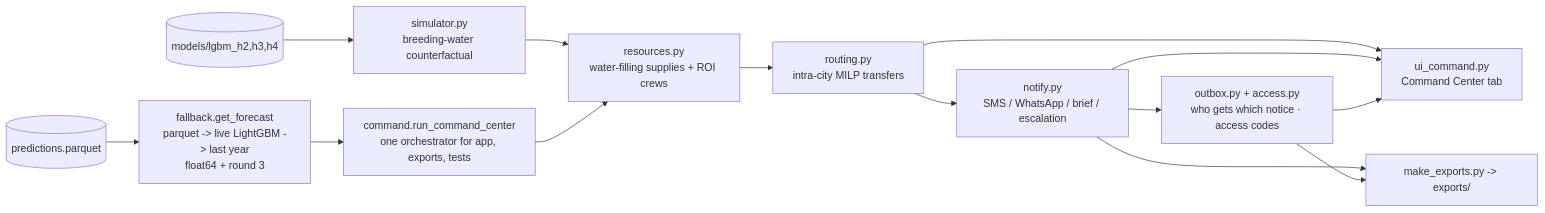
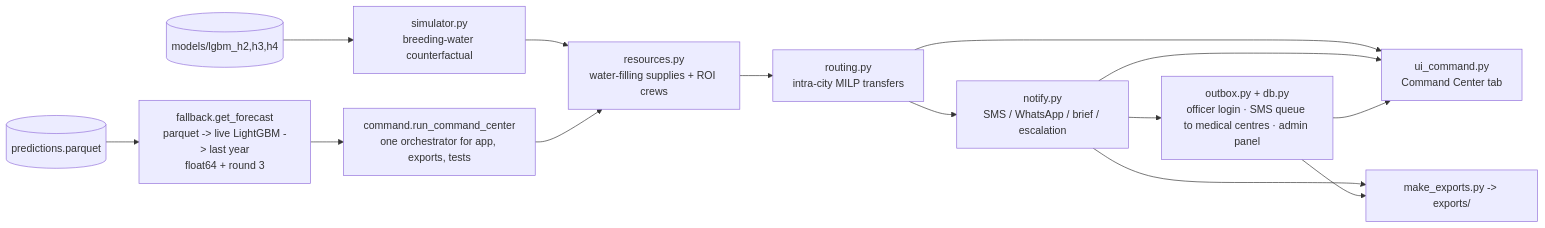
Before and after one commit to fahim75755/HACKATHON-26: the second of 2 diagrams in ARCHITECTURE.md, drawn with Mermaid. The commit also changed other lines of this file and 72 other files, not shown here.

First line of the commit message:
version-onsite-final: officer portal - login, alert SMS queue to medical centres, admin panel

````diff
--- a/ARCHITECTURE.md
+++ b/ARCHITECTURE.md
@@ -130,15 +130,15 @@
 ```mermaid
 flowchart LR
     P[(predictions.parquet)] --> F[fallback.get_forecast<br/>parquet -> live LightGBM -> last year<br/>float64 + round 3]
     F --> C[command.run_command_center<br/>one orchestrator for app, exports, tests]
     M[(models/lgbm_h2,h3,h4)] --> S[simulator.py<br/>breeding-water counterfactual]
     S --> R1[resources.py<br/>water-filling supplies + ROI crews]
     C --> R1 --> R2[routing.py<br/>intra-city MILP transfers]
     R2 --> U[ui_command.py<br/>Command Center tab]
     R2 --> N[notify.py<br/>SMS / WhatsApp / brief / escalation]
     N --> U
     N --> E[make_exports.py -> exports/]
-    N --> O[outbox.py + access.py<br/>who gets which notice · access codes]
+    N --> O[outbox.py + db.py<br/>officer login · SMS queue to medical centres · admin panel]
     O --> U
     O --> E
 ```
````
